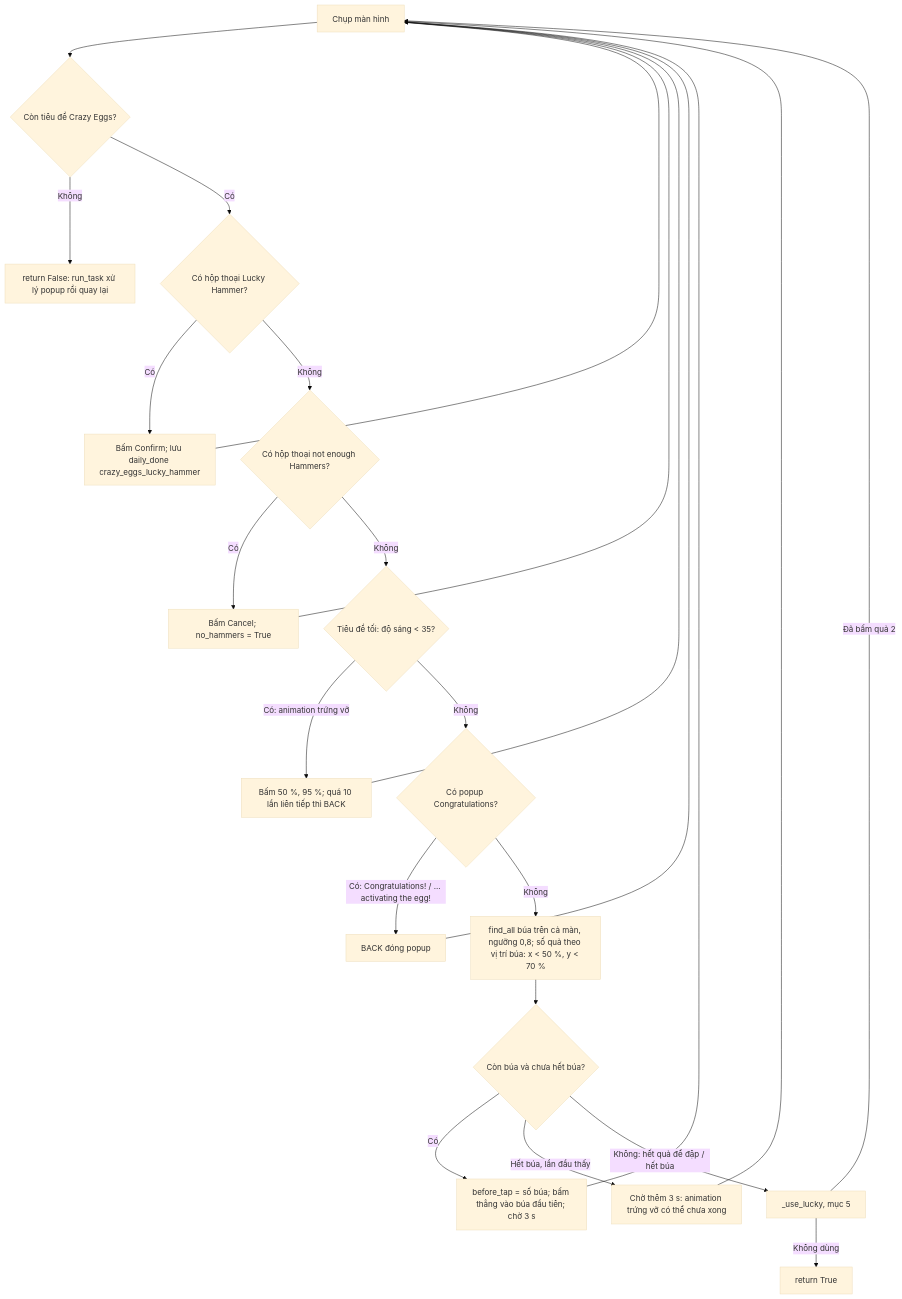
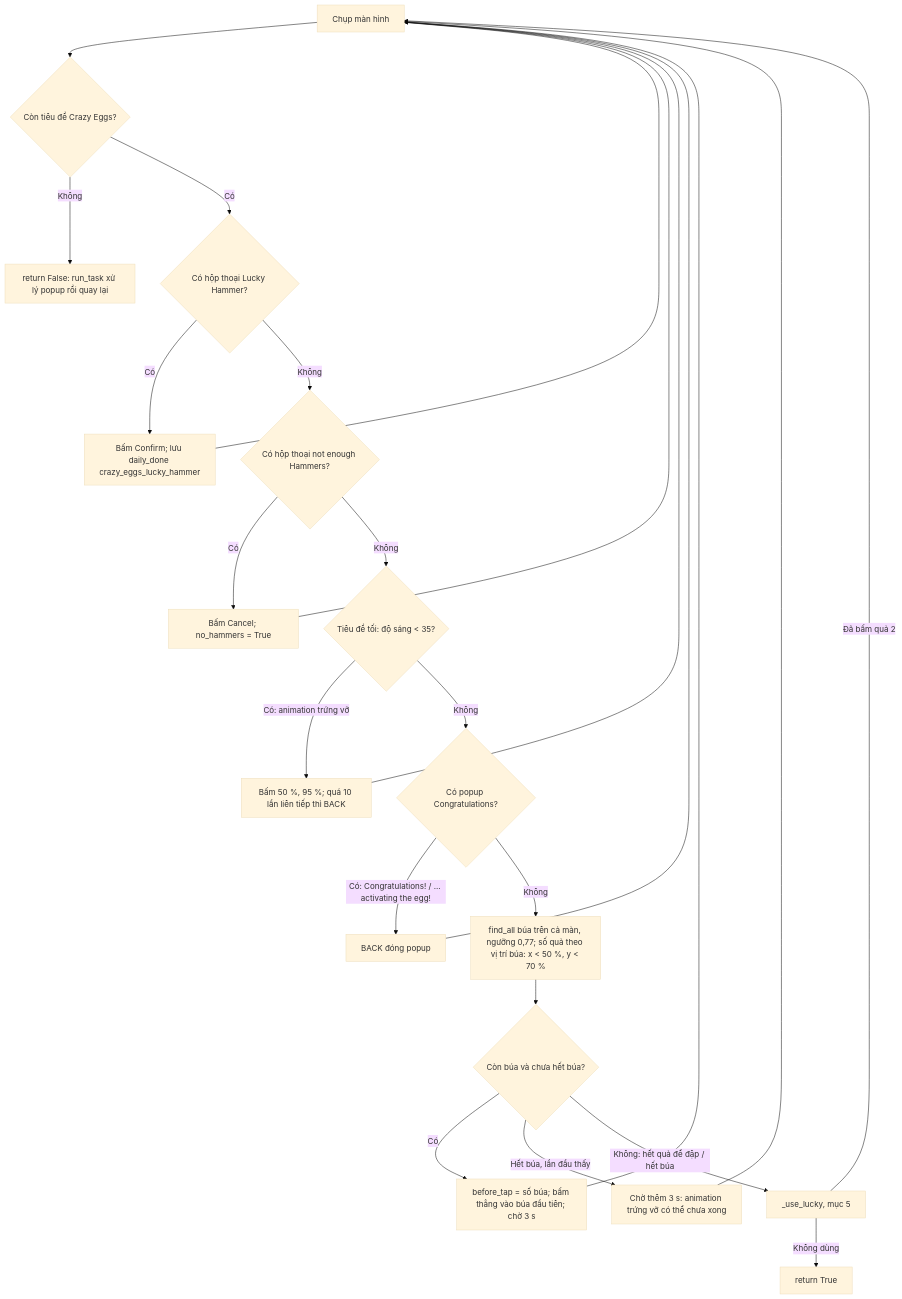
Before and after one commit to Hoangkz/EvonyBot: the second of 3 diagrams in bot/activities/event_center/crazy_eggs/FLOW.md, drawn with Mermaid (base theme). The commit also changed other lines of this file and 106 other files, not shown here.

````diff
--- a/bot/activities/event_center/crazy_eggs/FLOW.md
+++ b/bot/activities/event_center/crazy_eggs/FLOW.md
@@ -73,20 +75,20 @@
 ```mermaid
 flowchart TD
     A[Chụp màn hình] --> B{Còn tiêu đề Crazy Eggs?}
     B -->|Không| X[return False: run_task xử lý popup rồi quay lại]
     B -->|Có| L{Có hộp thoại Lucky Hammer?}
     L -->|Có| LC[Bấm Confirm; lưu daily_done crazy_eggs_lucky_hammer] --> A
     L -->|Không| NE{Có hộp thoại not enough Hammers?}
     NE -->|Có| NC[Bấm Cancel; no_hammers = True] --> A
     NE -->|Không| DM{Tiêu đề tối: độ sáng < 35?}
     DM -->|Có: animation trứng vỡ| DT[Bấm 50 %, 95 %; quá 10 lần liên tiếp thì BACK] --> A
     DM -->|Không| P{Có popup Congratulations?}
     P -->|Có: Congratulations! / ... activating the egg!| Q[BACK đóng popup] --> A
-    P -->|Không| C[find_all búa trên cả màn, ngưỡng 0,8; số quả theo vị trí búa: x < 50 %, y < 70 %]
+    P -->|Không| C[find_all búa trên cả màn, ngưỡng 0,77; số quả theo vị trí búa: x < 50 %, y < 70 %]
     C --> D{Còn búa và chưa hết búa?}
     D -->|Có| F[before_tap = số búa; bấm thẳng vào búa đầu tiên; chờ 3 s] --> A
     D -->|Hết búa, lần đầu thấy| W[Chờ thêm 3 s: animation trứng vỡ có thể chưa xong] --> A
     D -->|Không: hết quả để đập / hết búa| U[_use_lucky, mục 5]
     U -->|Đã bấm quả 2| A
     U -->|Không dùng| Y[return True]
 ```
````
